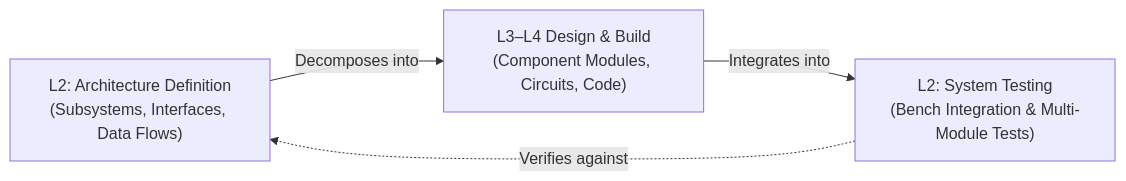
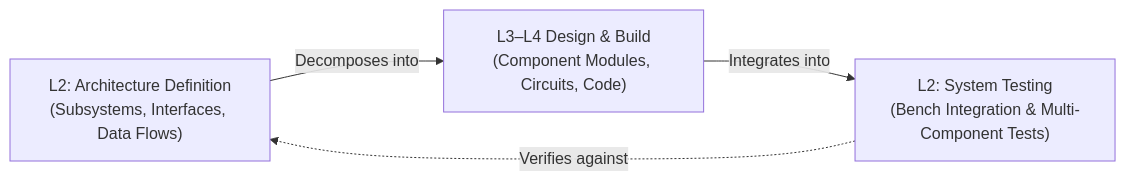
The first of 2 diagrams in v_model_process/Architecture Definition & System Testing.md (RandyF/lightweight-development-process), drawn with Mermaid before and after one commit. The commit also changed other lines of this file and 5 other files, not shown here.

````diff
--- a/v_model_process/Architecture Definition & System Testing.md
+++ b/v_model_process/Architecture Definition & System Testing.md
@@ -12,10 +12,10 @@
 ```mermaid
 flowchart LR
     AD["L2: Architecture Definition<br/>(Subsystems, Interfaces, Data Flows)"]
     IMP["L3–L4 Design & Build<br/>(Component Modules, Circuits, Code)"]
-    ST["L2: System Testing<br/>(Bench Integration & Multi-Module Tests)"]
+    ST["L2: System Testing<br/>(Bench Integration & Multi-Component Tests)"]
 
     AD -->|Decomposes into| IMP
     IMP -->|Integrates into| ST
     ST -.->|Verifies against| AD
 ```
````
